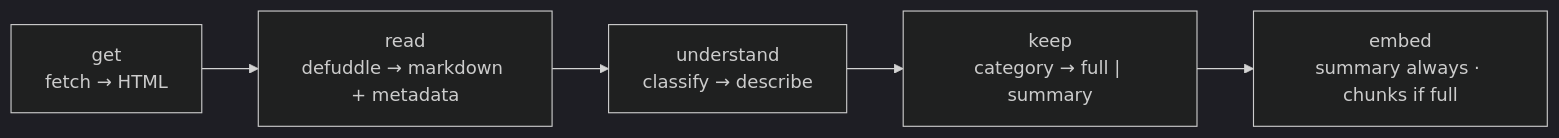
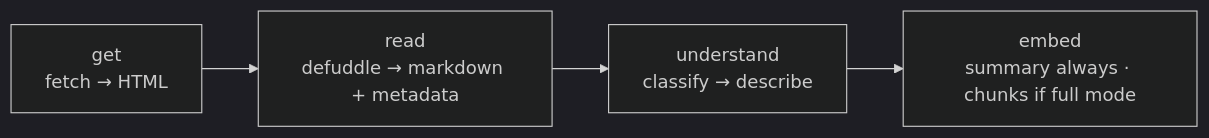
Before and after one commit to SouravInsights/souravinsights.com: the diagram in docs/spec/insights-rebuild.md, drawn with Mermaid (dark theme). The commit also changed other lines of this file, not shown here.

First line of the commit message:
Rename columns after data, flatten keep into embed

````diff
--- a/docs/spec/insights-rebuild.md
+++ b/docs/spec/insights-rebuild.md
@@ -43,7 +43,6 @@
 ```mermaid
 flowchart LR
     G["get<br/>fetch → HTML"] --> R["read<br/>defuddle → markdown + metadata"]
     R --> U["understand<br/>classify → describe"]
-    U --> K["keep<br/>category → full | summary"]
-    K --> E["embed<br/>summary always · chunks if full"]
+    U --> E["embed<br/>summary always · chunks if full mode"]
 ```
````
